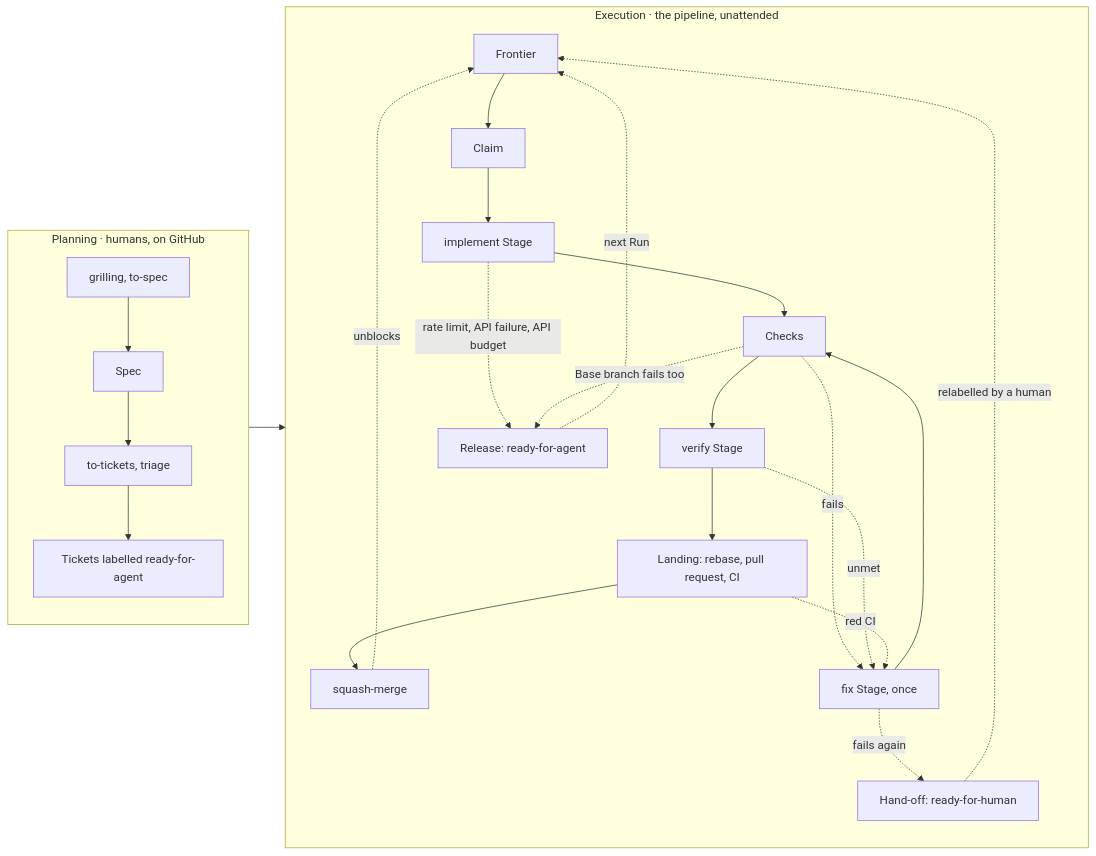
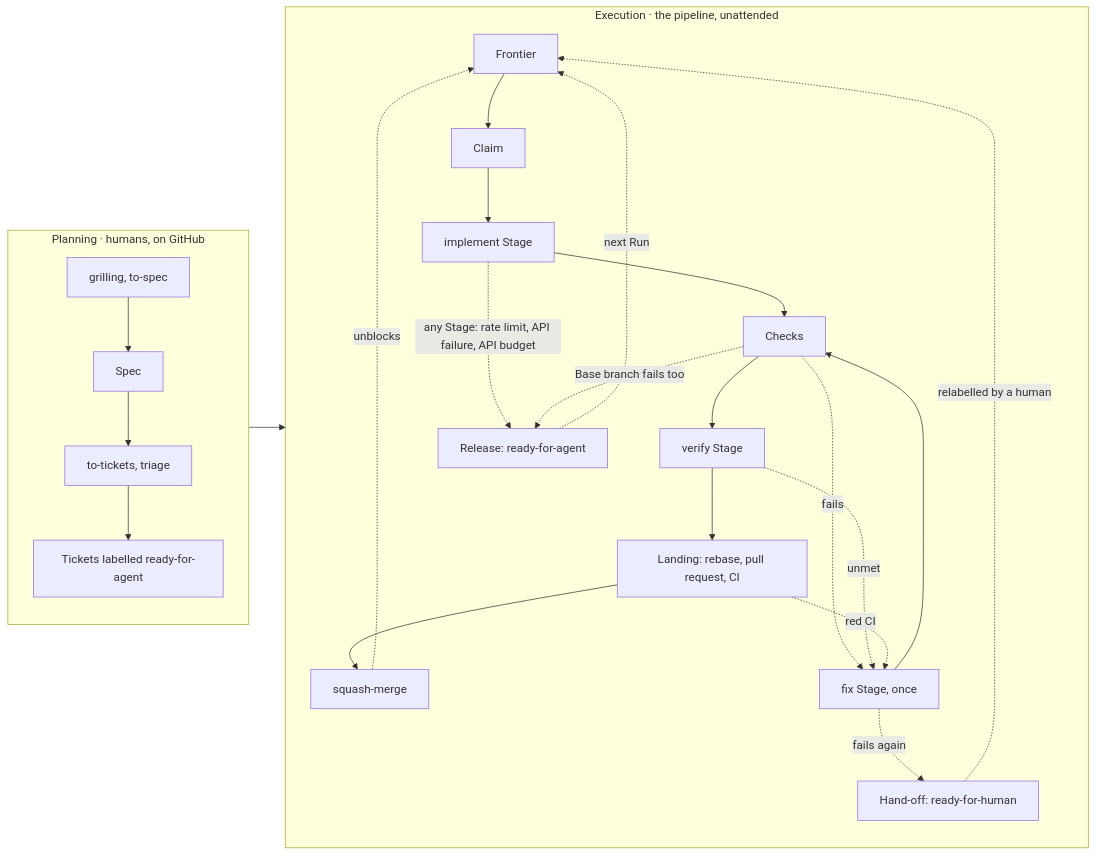
The diagram in wiki/index.md (jjongs2/ticket-runner), drawn with Mermaid before and after one commit. The commit also changed other lines of this file and 20 other files, not shown here.

````diff
--- a/wiki/index.md
+++ b/wiki/index.md
@@ -50,29 +54,29 @@
 ```mermaid
 flowchart LR
   subgraph Planning["Planning · humans, on GitHub"]
     direction TB
     G["grilling, to-spec"] --> S[Spec]
     S --> T["to-tickets, triage"]
     T --> R["Tickets labelled ready-for-agent"]
   end
   subgraph Execution["Execution · the pipeline, unattended"]
     direction TB
     F[Frontier] --> C[Claim]
     C --> I[implement Stage]
     I --> K[Checks]
     K --> V[verify Stage]
     V --> L["Landing: rebase, pull request, CI"]
     L --> M[squash-merge]
     K -. fails .-> X[fix Stage, once]
     V -. unmet .-> X
     L -. red CI .-> X
     X --> K
     X -. fails again .-> H["Hand-off: ready-for-human"]
-    I -. rate limit, API failure, API budget .-> RL["Release: ready-for-agent"]
+    I -. "any Stage: rate limit, API failure, API budget" .-> RL["Release: ready-for-agent"]
     K -. Base branch fails too .-> RL
   end
   R --> F
   M -. unblocks .-> F
   H -. relabelled by a human .-> F
   RL -. next Run .-> F
 ```
````
